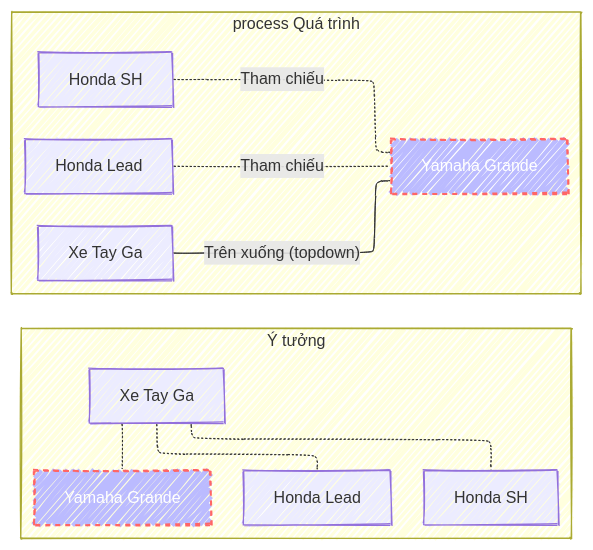
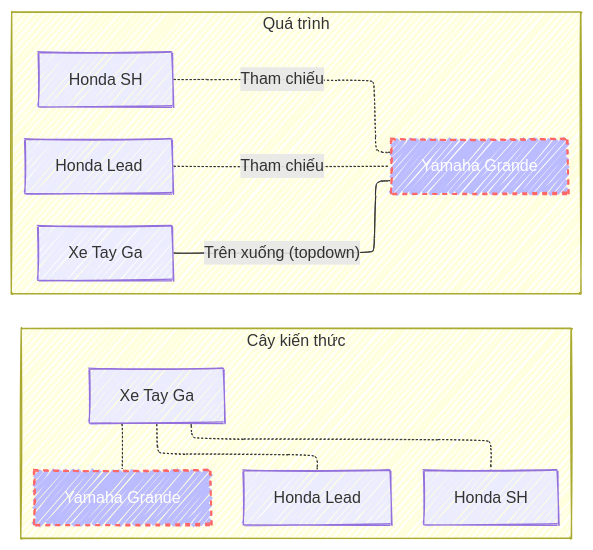
One commit to laiduyha/wei-he changed the second of 3 diagrams in _posts/2024-06-20-cay-kien-thuc.md. Above: the diagram before and after it, drawn with Mermaid. The commit also changed other lines of this file, not shown here.

Commit message:
cây kiến thức v1

````diff
--- a/_posts/2024-06-20-cay-kien-thuc.md
+++ b/_posts/2024-06-20-cay-kien-thuc.md
@@ -92,37 +91,37 @@
 ```mermaid
 ---
 config:
   layout: elk
   look: handDrawn
 ---
 
 flowchart LR
- subgraph Ý tưởng
+ subgraph 1[Cây kiến thức]
     direction TB
     tayga[Xe Tay Ga]
     lead[Honda Lead]
     sh[Honda SH]
     grande[Yamaha Grande]
 
     tayga-.-lead
     tayga-.-sh
     tayga-.-grande
 
     style grande fill:#bbf,stroke:#f66,stroke-width:2px,color:#fff,stroke-dasharray: 5 5
   end
 
-  subgraph process Quá trình
+  subgraph 2[Quá trình]
     direction LR
     tayga2[Xe Tay Ga]
     lead2[Honda Lead]
     sh2[Honda SH]
     grande2[Yamaha Grande]
 
     tayga2-- Trên xuống (topdown) ---grande2
 
     lead2-. Tham chiếu .-grande2
     sh2-.Tham chiếu .-grande2
 
     style grande2 fill:#bbf,stroke:#f66,stroke-width:2px,color:#fff,stroke-dasharray: 5 5
   end
 ```
````
